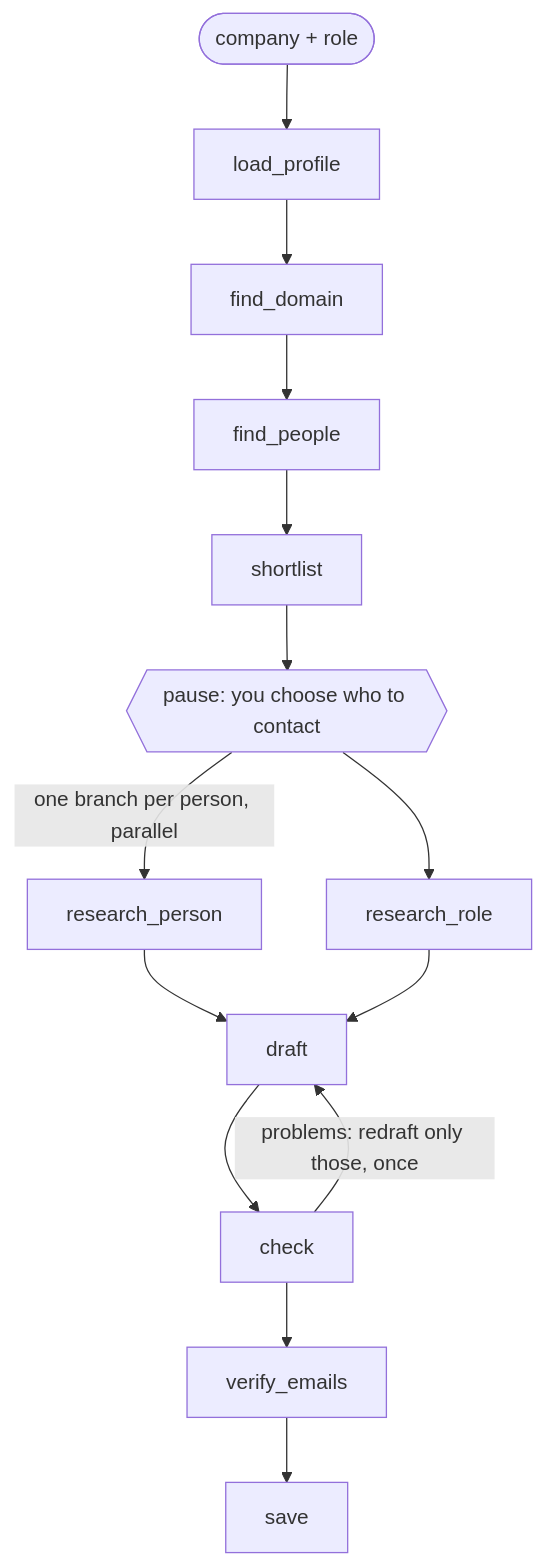
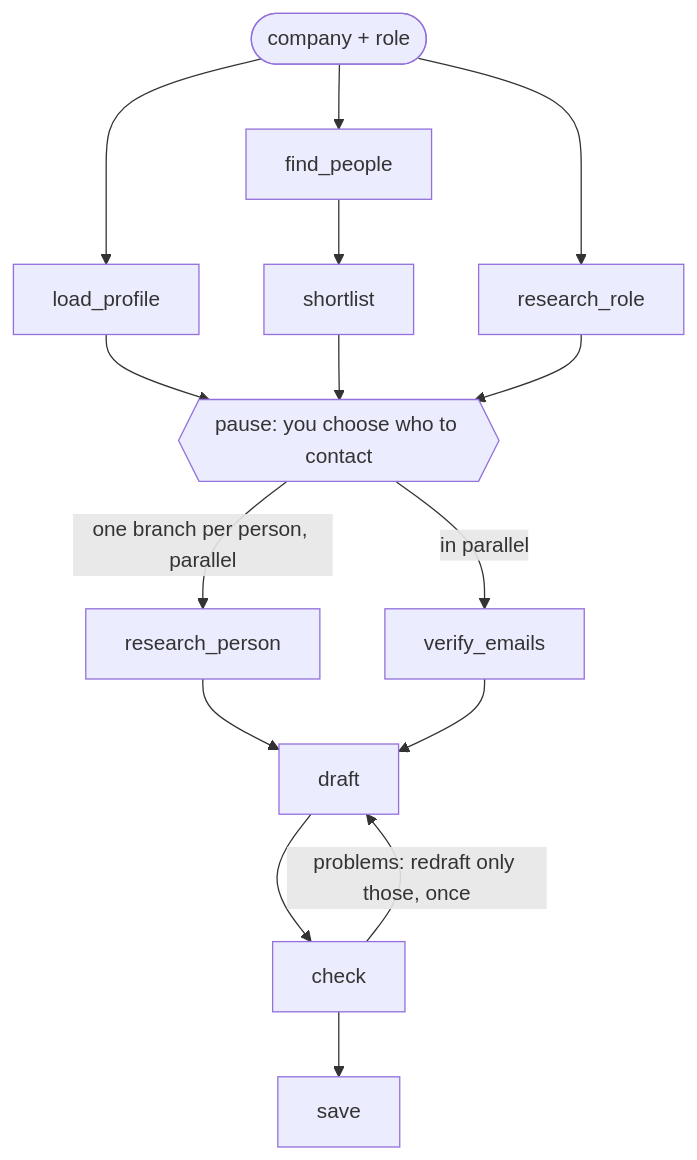
Before and after one commit to KingPrav/outreach-agent: the diagram in README.md, drawn with Mermaid. The commit also changed other lines of this file and 13 other files, not shown here.

````diff
--- a/README.md
+++ b/README.md
@@ -43,12 +43,17 @@
 ```mermaid
 graph TD
-    START([company + role]) --> load_profile --> find_domain --> find_people --> shortlist --> review
+    START([company + role]) --> load_profile
+    START --> find_people --> shortlist
+    START --> research_role
+    load_profile --> review
+    shortlist --> review
+    research_role --> review
     review{{"pause: you choose who to contact"}}
     review -->|one branch per person, parallel| research_person
-    review --> research_role
+    review -->|in parallel| verify_emails
     research_person --> draft
-    research_role --> draft
+    verify_emails --> draft
     draft --> check
     check -->|problems: redraft only those, once| draft
-    check --> verify_emails --> save
+    check --> save
 ```
````
